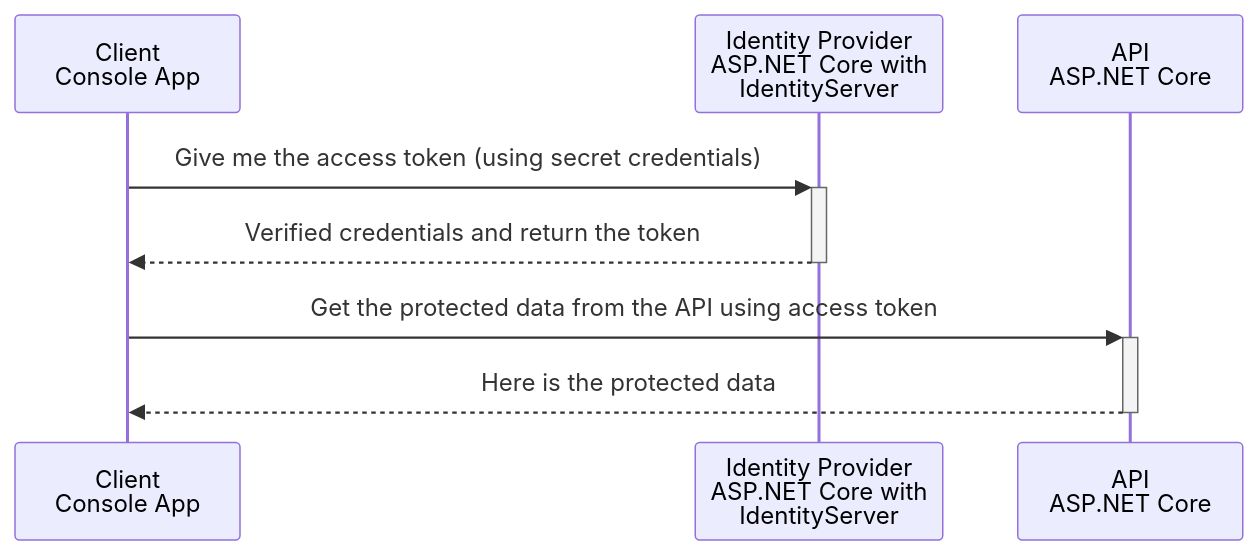
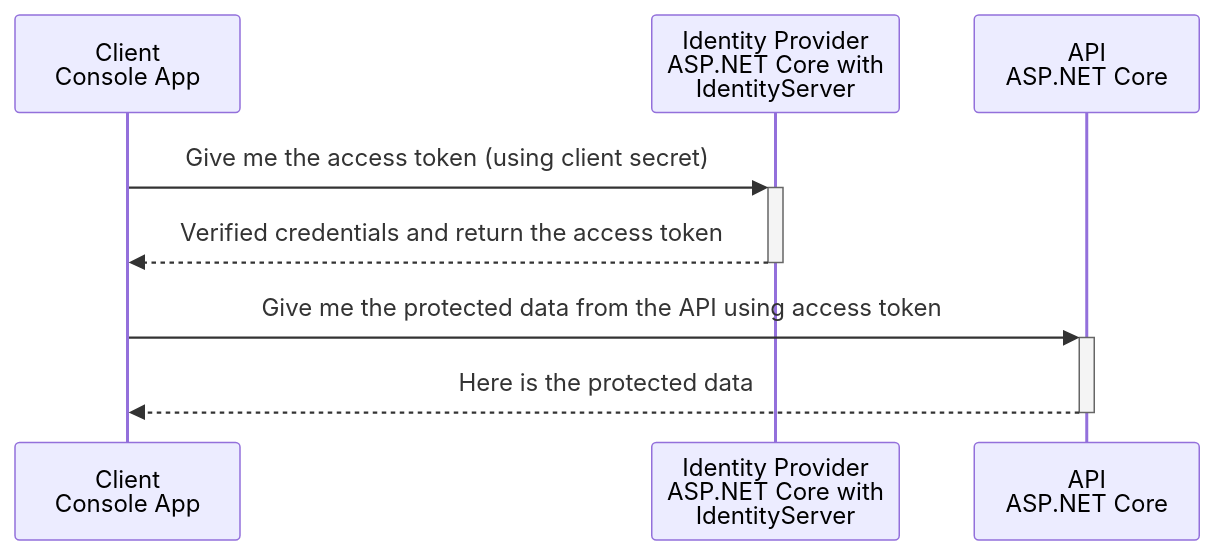
One commit to 64J0/duende--server-to-server changed the diagram in README.md. Above: the diagram before and after it, drawn with Mermaid.

````diff
--- a/README.md
+++ b/README.md
@@ -15,10 +15,10 @@
 ```mermaid
 sequenceDiagram
     participant Client as Client<br>Console App
     participant IDP as Identity Provider<br>ASP.NET Core with<br>IdentityServer
     participant API as API<br>ASP.NET Core
-    Client->>+IDP: Give me the access token (using secret credentials)
-    IDP-->>-Client: Verified credentials and return the token
-    Client->>+API: Get the protected data from the API using access token
+    Client->>+IDP: Give me the access token (using client secret)
+    IDP-->>-Client: Verified credentials and return the access token
+    Client->>+API: Give me the protected data from the API using access token
     API-->>-Client: Here is the protected data
 ```
````
